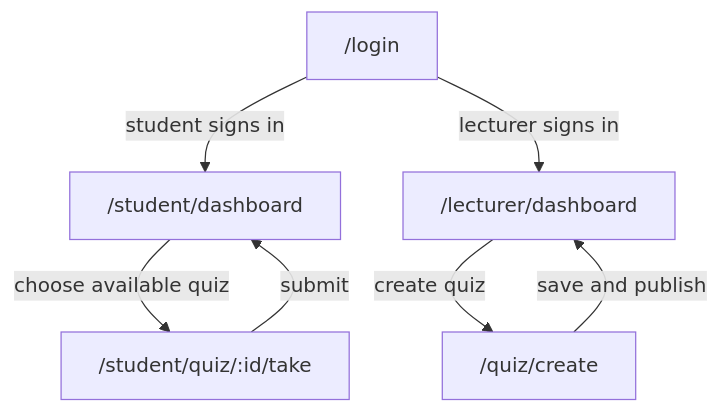
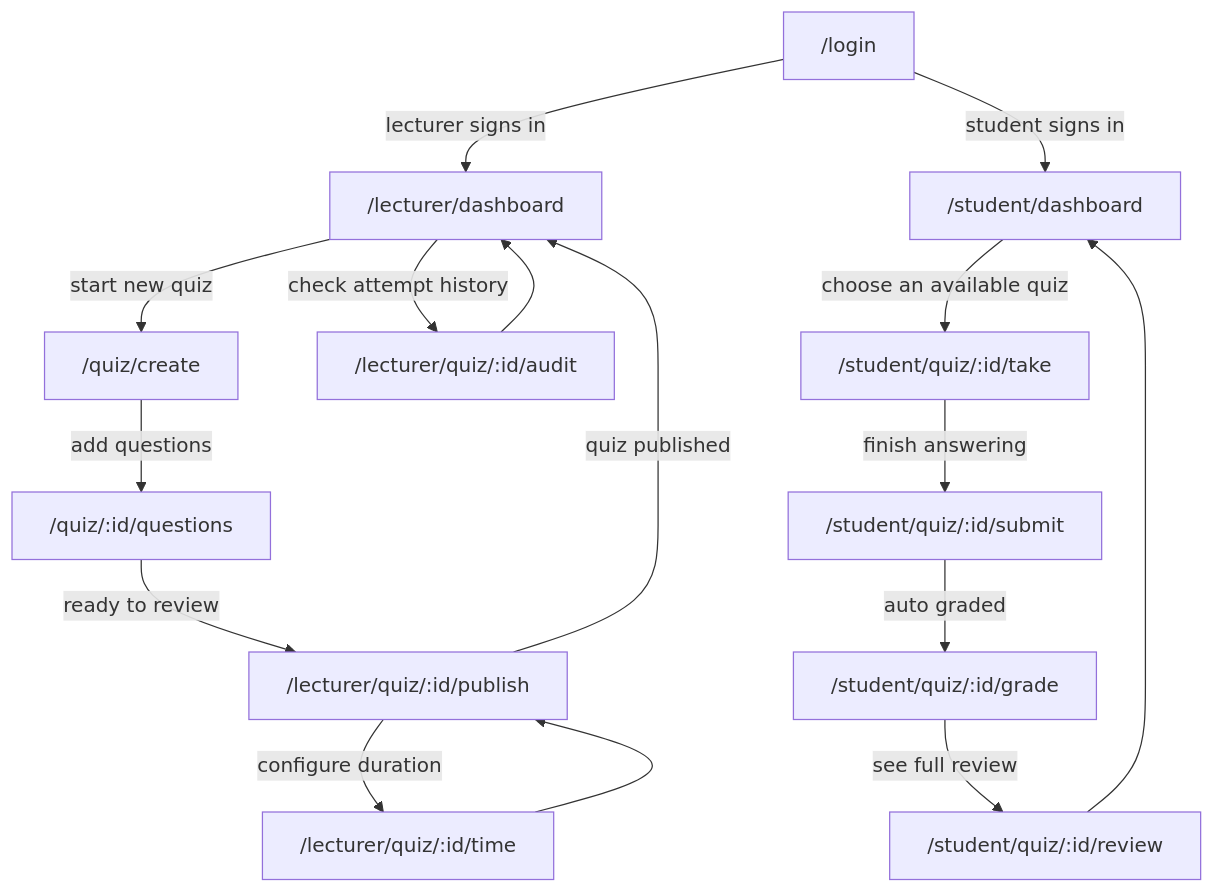
Before and after one commit to SE-FDA-NEU/Gr7_AI66A_SE: the diagram in docs/requirements.md, drawn with Mermaid. The commit also changed other lines of this file, not shown here.

````diff
--- a/docs/requirements.md
+++ b/docs/requirements.md
@@ -242,9 +264,20 @@
 ```mermaid
 flowchart TD
-    Login["/login"] -->|student signs in| Student["/student/dashboard"]
-    Login -->|lecturer signs in| Lecturer["/lecturer/dashboard"]
-    Lecturer -->|create quiz| Create["/quiz/create"]
-    Create -->|save and publish| Lecturer
-    Student -->|choose available quiz| Take["/student/quiz/:id/take"]
-    Take -->|submit| Student
+    Login["/login"] -->|lecturer signs in| LDash["/lecturer/dashboard"]
+    Login -->|student signs in| SDash["/student/dashboard"]
+
+    LDash -->|start new quiz| Create["/quiz/create"]
+    Create -->|add questions| Questions["/quiz/:id/questions"]
+    Questions -->|ready to review| Publish["/lecturer/quiz/:id/publish"]
+    Publish -->|configure duration| Time["/lecturer/quiz/:id/time"]
+    Time --> Publish
+    Publish -->|quiz published| LDash
+    LDash -->|check attempt history| Audit["/lecturer/quiz/:id/audit"]
+    Audit --> LDash
+
+    SDash -->|choose an available quiz| Take["/student/quiz/:id/take"]
+    Take -->|finish answering| Submit["/student/quiz/:id/submit"]
+    Submit -->|auto graded| Grade["/student/quiz/:id/grade"]
+    Grade -->|see full review| Review["/student/quiz/:id/review"]
+    Review --> SDash
 ```
````
